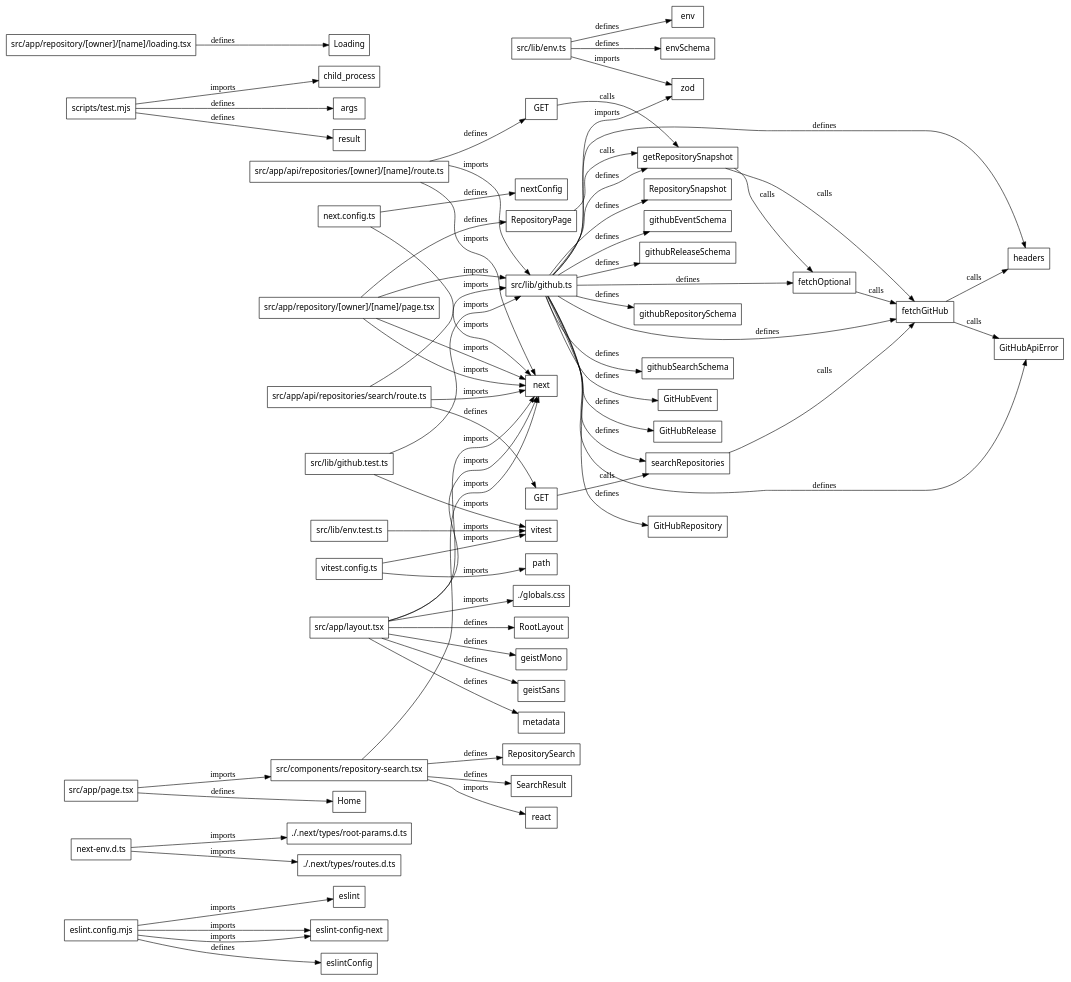
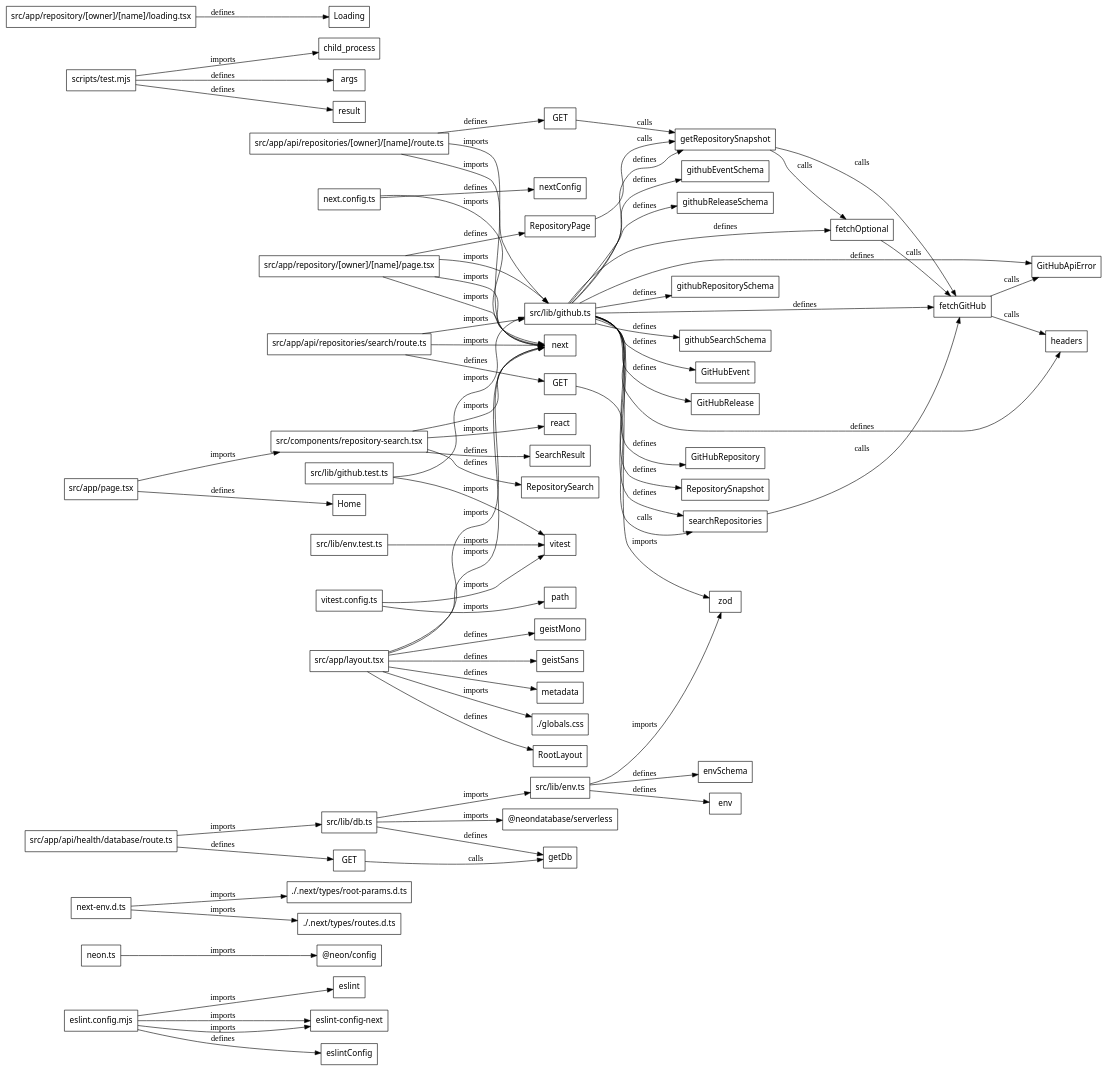
The diagram in .genesis/index/graph.dot (rishibalanagu0108/repopulse), drawn with Graphviz before and after one commit. The commit also changed 13 other files, not shown here.

```diff
--- a/.genesis/index/graph.dot
+++ b/.genesis/index/graph.dot
@@ -1,129 +1,143 @@
 digraph genesis {
   rankdir=LR;
   node [shape=box,fontname="system-ui"];
   "file:eslint.config.mjs" [label="eslint.config.mjs",class="file"];
+  "file:neon.ts" [label="neon.ts",class="file"];
   "file:next-env.d.ts" [label="next-env.d.ts",class="file"];
   "file:next.config.ts" [label="next.config.ts",class="file"];
   "file:scripts/test.mjs" [label="scripts/test.mjs",class="file"];
+  "file:src/app/api/health/database/route.ts" [label="src/app/api/health/database/route.ts",class="file"];
   "file:src/app/api/repositories/[owner]/[name]/route.ts" [label="src/app/api/repositories/[owner]/[name]/route.ts",class="file"];
   "file:src/app/api/repositories/search/route.ts" [label="src/app/api/repositories/search/route.ts",class="file"];
   "file:src/app/layout.tsx" [label="src/app/layout.tsx",class="file"];
   "file:src/app/page.tsx" [label="src/app/page.tsx",class="file"];
   "file:src/app/repository/[owner]/[name]/loading.tsx" [label="src/app/repository/[owner]/[name]/loading.tsx",class="file"];
   "file:src/app/repository/[owner]/[name]/page.tsx" [label="src/app/repository/[owner]/[name]/page.tsx",class="file"];
   "file:src/components/repository-search.tsx" [label="src/components/repository-search.tsx",class="file"];
+  "file:src/lib/db.ts" [label="src/lib/db.ts",class="file"];
   "file:src/lib/env.test.ts" [label="src/lib/env.test.ts",class="file"];
   "file:src/lib/env.ts" [label="src/lib/env.ts",class="file"];
   "file:src/lib/github.test.ts" [label="src/lib/github.test.ts",class="file"];
   "file:src/lib/github.ts" [label="src/lib/github.ts",class="file"];
   "file:vitest.config.ts" [label="vitest.config.ts",class="file"];
+  "package:npm:@neon/config" [label="@neon/config",class="package"];
+  "package:npm:@neondatabase/serverless" [label="@neondatabase/serverless",class="package"];
   "package:npm:eslint" [label="eslint",class="package"];
   "package:npm:eslint-config-next" [label="eslint-config-next",class="package"];
   "package:npm:next" [label="next",class="package"];
   "package:npm:react" [label="react",class="package"];
   "package:npm:vitest" [label="vitest",class="package"];
   "package:npm:zod" [label="zod",class="package"];
   "runtime:javascript:child_process" [label="child_process",class="runtime"];
   "runtime:javascript:path" [label="path",class="runtime"];
   "symbol:eslint.config.mjs#variable:eslintConfig" [label="eslintConfig",class="symbol"];
   "symbol:next.config.ts#variable:nextConfig" [label="nextConfig",class="symbol"];
   "symbol:scripts/test.mjs#variable:args" [label="args",class="symbol"];
   "symbol:scripts/test.mjs#variable:result" [label="result",class="symbol"];
+  "symbol:src/app/api/health/database/route.ts#function:GET" [label="GET",class="symbol"];
   "symbol:src/app/api/repositories/[owner]/[name]/route.ts#function:GET" [label="GET",class="symbol"];
   "symbol:src/app/api/repositories/search/route.ts#function:GET" [label="GET",class="symbol"];
   "symbol:src/app/layout.tsx#function:RootLayout" [label="RootLayout",class="symbol"];
   "symbol:src/app/layout.tsx#variable:geistMono" [label="geistMono",class="symbol"];
   "symbol:src/app/layout.tsx#variable:geistSans" [label="geistSans",class="symbol"];
   "symbol:src/app/layout.tsx#variable:metadata" [label="metadata",class="symbol"];
   "symbol:src/app/page.tsx#function:Home" [label="Home",class="symbol"];
   "symbol:src/app/repository/[owner]/[name]/loading.tsx#function:Loading" [label="Loading",class="symbol"];
   "symbol:src/app/repository/[owner]/[name]/page.tsx#function:RepositoryPage" [label="RepositoryPage",class="symbol"];
   "symbol:src/components/repository-search.tsx#function:RepositorySearch" [label="RepositorySearch",class="symbol"];
   "symbol:src/components/repository-search.tsx#type:SearchResult" [label="SearchResult",class="symbol"];
+  "symbol:src/lib/db.ts#function:getDb" [label="getDb",class="symbol"];
   "symbol:src/lib/env.ts#variable:env" [label="env",class="symbol"];
   "symbol:src/lib/env.ts#variable:envSchema" [label="envSchema",class="symbol"];
   "symbol:src/lib/github.ts#class:GitHubApiError" [label="GitHubApiError",class="symbol"];
   "symbol:src/lib/github.ts#function:fetchGitHub" [label="fetchGitHub",class="symbol"];
   "symbol:src/lib/github.ts#function:fetchOptional" [label="fetchOptional",class="symbol"];
   "symbol:src/lib/github.ts#function:getRepositorySnapshot" [label="getRepositorySnapshot",class="symbol"];
   "symbol:src/lib/github.ts#function:headers" [label="headers",class="symbol"];
   "symbol:src/lib/github.ts#function:searchRepositories" [label="searchRepositories",class="symbol"];
   "symbol:src/lib/github.ts#type:GitHubEvent" [label="GitHubEvent",class="symbol"];
   "symbol:src/lib/github.ts#type:GitHubRelease" [label="GitHubRelease",class="symbol"];
   "symbol:src/lib/github.ts#type:GitHubRepository" [label="GitHubRepository",class="symbol"];
   "symbol:src/lib/github.ts#type:RepositorySnapshot" [label="RepositorySnapshot",class="symbol"];
   "symbol:src/lib/github.ts#variable:githubEventSchema" [label="githubEventSchema",class="symbol"];
   "symbol:src/lib/github.ts#variable:githubReleaseSchema" [label="githubReleaseSchema",class="symbol"];
   "symbol:src/lib/github.ts#variable:githubRepositorySchema" [label="githubRepositorySchema",class="symbol"];
   "symbol:src/lib/github.ts#variable:githubSearchSchema" [label="githubSearchSchema",class="symbol"];
   "unresolved:next-env.d.ts:./.next/types/root-params.d.ts" [label="./.next/types/root-params.d.ts",class="unresolved"];
   "unresolved:next-env.d.ts:./.next/types/routes.d.ts" [label="./.next/types/routes.d.ts",class="unresolved"];
   "unresolved:src/app/layout.tsx:./globals.css" [label="./globals.css",class="unresolved"];
+  "symbol:src/app/api/health/database/route.ts#function:GET" -> "symbol:src/lib/db.ts#function:getDb" [label="calls"];
   "symbol:src/app/api/repositories/[owner]/[name]/route.ts#function:GET" -> "symbol:src/lib/github.ts#function:getRepositorySnapshot" [label="calls"];
   "symbol:src/app/api/repositories/search/route.ts#function:GET" -> "symbol:src/lib/github.ts#function:searchRepositories" [label="calls"];
   "symbol:src/app/repository/[owner]/[name]/page.tsx#function:RepositoryPage" -> "symbol:src/lib/github.ts#function:getRepositorySnapshot" [label="calls"];
   "symbol:src/lib/github.ts#function:fetchGitHub" -> "symbol:src/lib/github.ts#class:GitHubApiError" [label="calls"];
   "symbol:src/lib/github.ts#function:fetchGitHub" -> "symbol:src/lib/github.ts#function:headers" [label="calls"];
   "symbol:src/lib/github.ts#function:fetchOptional" -> "symbol:src/lib/github.ts#function:fetchGitHub" [label="calls"];
   "symbol:src/lib/github.ts#function:getRepositorySnapshot" -> "symbol:src/lib/github.ts#function:fetchGitHub" [label="calls"];
   "symbol:src/lib/github.ts#function:getRepositorySnapshot" -> "symbol:src/lib/github.ts#function:fetchOptional" [label="calls"];
   "symbol:src/lib/github.ts#function:searchRepositories" -> "symbol:src/lib/github.ts#function:fetchGitHub" [label="calls"];
   "file:eslint.config.mjs" -> "symbol:eslint.config.mjs#variable:eslintConfig" [label="defines"];
   "file:next.config.ts" -> "symbol:next.config.ts#variable:nextConfig" [label="defines"];
   "file:scripts/test.mjs" -> "symbol:scripts/test.mjs#variable:args" [label="defines"];
   "file:scripts/test.mjs" -> "symbol:scripts/test.mjs#variable:result" [label="defines"];
+  "file:src/app/api/health/database/route.ts" -> "symbol:src/app/api/health/database/route.ts#function:GET" [label="defines"];
   "file:src/app/api/repositories/[owner]/[name]/route.ts" -> "symbol:src/app/api/repositories/[owner]/[name]/route.ts#function:GET" [label="defines"];
   "file:src/app/api/repositories/search/route.ts" -> "symbol:src/app/api/repositories/search/route.ts#function:GET" [label="defines"];
   "file:src/app/layout.tsx" -> "symbol:src/app/layout.tsx#function:RootLayout" [label="defines"];
   "file:src/app/layout.tsx" -> "symbol:src/app/layout.tsx#variable:geistMono" [label="defines"];
   "file:src/app/layout.tsx" -> "symbol:src/app/layout.tsx#variable:geistSans" [label="defines"];
   "file:src/app/layout.tsx" -> "symbol:src/app/layout.tsx#variable:metadata" [label="defines"];
   "file:src/app/page.tsx" -> "symbol:src/app/page.tsx#function:Home" [label="defines"];
   "file:src/app/repository/[owner]/[name]/loading.tsx" -> "symbol:src/app/repository/[owner]/[name]/loading.tsx#function:Loading" [label="defines"];
   "file:src/app/repository/[owner]/[name]/page.tsx" -> "symbol:src/app/repository/[owner]/[name]/page.tsx#function:RepositoryPage" [label="defines"];
   "file:src/components/repository-search.tsx" -> "symbol:src/components/repository-search.tsx#function:RepositorySearch" [label="defines"];
   "file:src/components/repository-search.tsx" -> "symbol:src/components/repository-search.tsx#type:SearchResult" [label="defines"];
+  "file:src/lib/db.ts" -> "symbol:src/lib/db.ts#function:getDb" [label="defines"];
   "file:src/lib/env.ts" -> "symbol:src/lib/env.ts#variable:env" [label="defines"];
   "file:src/lib/env.ts" -> "symbol:src/lib/env.ts#variable:envSchema" [label="defines"];
   "file:src/lib/github.ts" -> "symbol:src/lib/github.ts#class:GitHubApiError" [label="defines"];
   "file:src/lib/github.ts" -> "symbol:src/lib/github.ts#function:fetchGitHub" [label="defines"];
   "file:src/lib/github.ts" -> "symbol:src/lib/github.ts#function:fetchOptional" [label="defines"];
   "file:src/lib/github.ts" -> "symbol:src/lib/github.ts#function:getRepositorySnapshot" [label="defines"];
   "file:src/lib/github.ts" -> "symbol:src/lib/github.ts#function:headers" [label="defines"];
   "file:src/lib/github.ts" -> "symbol:src/lib/github.ts#function:searchRepositories" [label="defines"];
   "file:src/lib/github.ts" -> "symbol:src/lib/github.ts#type:GitHubEvent" [label="defines"];
   "file:src/lib/github.ts" -> "symbol:src/lib/github.ts#type:GitHubRelease" [label="defines"];
   "file:src/lib/github.ts" -> "symbol:src/lib/github.ts#type:GitHubRepository" [label="defines"];
   "file:src/lib/github.ts" -> "symbol:src/lib/github.ts#type:RepositorySnapshot" [label="defines"];
   "file:src/lib/github.ts" -> "symbol:src/lib/github.ts#variable:githubEventSchema" [label="defines"];
   "file:src/lib/github.ts" -> "symbol:src/lib/github.ts#variable:githubReleaseSchema" [label="defines"];
   "file:src/lib/github.ts" -> "symbol:src/lib/github.ts#variable:githubRepositorySchema" [label="defines"];
   "file:src/lib/github.ts" -> "symbol:src/lib/github.ts#variable:githubSearchSchema" [label="defines"];
   "file:eslint.config.mjs" -> "package:npm:eslint-config-next" [label="imports"];
   "file:eslint.config.mjs" -> "package:npm:eslint-config-next" [label="imports"];
   "file:eslint.config.mjs" -> "package:npm:eslint" [label="imports"];
+  "file:neon.ts" -> "package:npm:@neon/config" [label="imports"];
   "file:next-env.d.ts" -> "unresolved:next-env.d.ts:./.next/types/root-params.d.ts" [label="imports"];
   "file:next-env.d.ts" -> "unresolved:next-env.d.ts:./.next/types/routes.d.ts" [label="imports"];
   "file:next.config.ts" -> "package:npm:next" [label="imports"];
   "file:scripts/test.mjs" -> "runtime:javascript:child_process" [label="imports"];
+  "file:src/app/api/health/database/route.ts" -> "file:src/lib/db.ts" [label="imports"];
   "file:src/app/api/repositories/[owner]/[name]/route.ts" -> "file:src/lib/github.ts" [label="imports"];
   "file:src/app/api/repositories/[owner]/[name]/route.ts" -> "package:npm:next" [label="imports"];
   "file:src/app/api/repositories/search/route.ts" -> "file:src/lib/github.ts" [label="imports"];
   "file:src/app/api/repositories/search/route.ts" -> "package:npm:next" [label="imports"];
   "file:src/app/layout.tsx" -> "package:npm:next" [label="imports"];
   "file:src/app/layout.tsx" -> "package:npm:next" [label="imports"];
   "file:src/app/layout.tsx" -> "unresolved:src/app/layout.tsx:./globals.css" [label="imports"];
   "file:src/app/page.tsx" -> "file:src/components/repository-search.tsx" [label="imports"];
   "file:src/app/repository/[owner]/[name]/page.tsx" -> "file:src/lib/github.ts" [label="imports"];
   "file:src/app/repository/[owner]/[name]/page.tsx" -> "package:npm:next" [label="imports"];
   "file:src/app/repository/[owner]/[name]/page.tsx" -> "package:npm:next" [label="imports"];
   "file:src/components/repository-search.tsx" -> "package:npm:next" [label="imports"];
   "file:src/components/repository-search.tsx" -> "package:npm:react" [label="imports"];
+  "file:src/lib/db.ts" -> "file:src/lib/env.ts" [label="imports"];
+  "file:src/lib/db.ts" -> "package:npm:@neondatabase/serverless" [label="imports"];
   "file:src/lib/env.test.ts" -> "package:npm:vitest" [label="imports"];
   "file:src/lib/env.ts" -> "package:npm:zod" [label="imports"];
   "file:src/lib/github.test.ts" -> "file:src/lib/github.ts" [label="imports"];
   "file:src/lib/github.test.ts" -> "package:npm:vitest" [label="imports"];
   "file:src/lib/github.ts" -> "package:npm:zod" [label="imports"];
   "file:vitest.config.ts" -> "package:npm:vitest" [label="imports"];
   "file:vitest.config.ts" -> "runtime:javascript:path" [label="imports"];
 }
```
